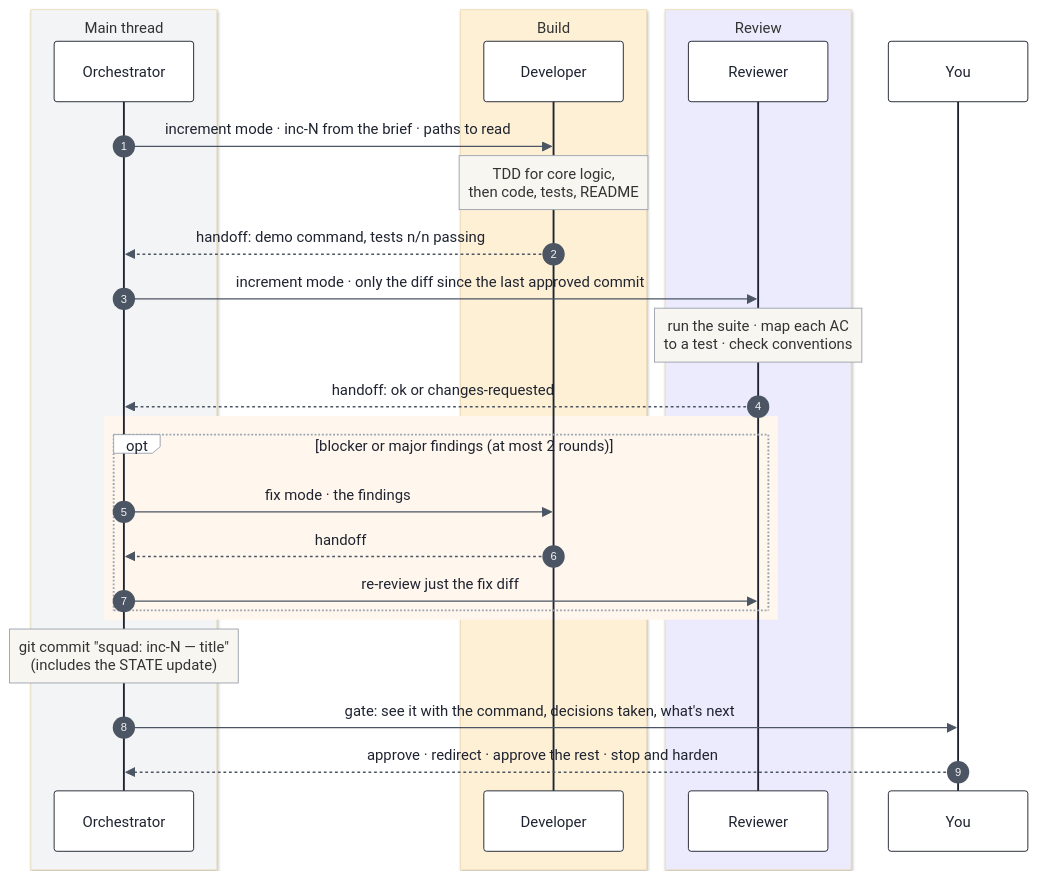
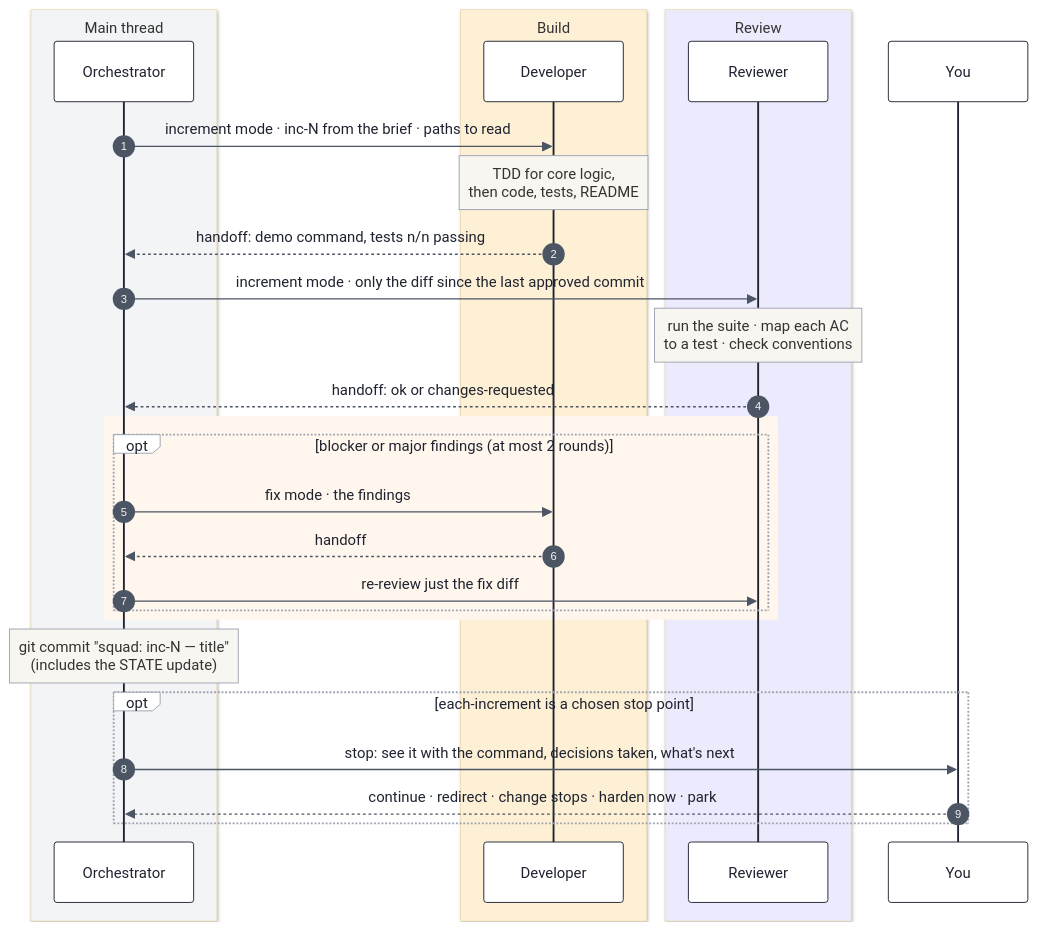
The third of 3 diagrams in plugins/squad/skills/squad/README.md (orhund8z/dotclaude), drawn with Mermaid before and after one commit. The commit also changed other lines of this file and 20 other files, not shown here.

First line of the commit message:
feat(squad): run through by default; stop points chosen at kickoff; park & resume (2.2.0)

````diff
--- a/plugins/squad/skills/squad/README.md
+++ b/plugins/squad/skills/squad/README.md
@@ -159,32 +174,34 @@
 ```mermaid
 %%{init: {'theme': 'base', 'themeVariables': {'fontFamily': 'Inter, Segoe UI, Helvetica, Arial, sans-serif', 'fontSize': '15px', 'actorBkg': '#ffffff', 'actorBorder': '#1f2330', 'actorTextColor': '#1f2330', 'signalColor': '#4b5563', 'signalTextColor': '#1f2330', 'noteBkgColor': '#f8f6f1', 'noteBorderColor': '#9ca3af', 'labelBoxBkgColor': '#ffffff', 'labelBoxBorderColor': '#9ca3af', 'activationBkgColor': '#e5e7eb'}}}%%
 sequenceDiagram
     autonumber
     box rgb(243,244,246) Main thread
         participant O as Orchestrator
     end
     box rgb(253,240,213) Build
         participant D as Developer
     end
     box rgb(236,235,253) Review
         participant R as Reviewer
     end
     participant U as You
 
     O->>D: increment mode · inc-N from the brief · paths to read
     Note over D: TDD for core logic,<br/>then code, tests, README
     D-->>O: handoff: demo command, tests n/n passing
     O->>R: increment mode · only the diff since the last approved commit
     Note over R: run the suite · map each AC<br/>to a test · check conventions
     R-->>O: handoff: ok or changes-requested
     rect rgb(255,247,237)
         opt blocker or major findings (at most 2 rounds)
             O->>D: fix mode · the findings
             D-->>O: handoff
             O->>R: re-review just the fix diff
         end
     end
     Note over O: git commit "squad: inc-N — title"<br/>(includes the STATE update)
-    O->>U: gate: see it with the command, decisions taken, what's next
-    U-->>O: approve · redirect · approve the rest · stop and harden
+    opt each-increment is a chosen stop point
+        O->>U: stop: see it with the command, decisions taken, what's next
+        U-->>O: continue · redirect · change stops · harden now · park
+    end
 ```
````
